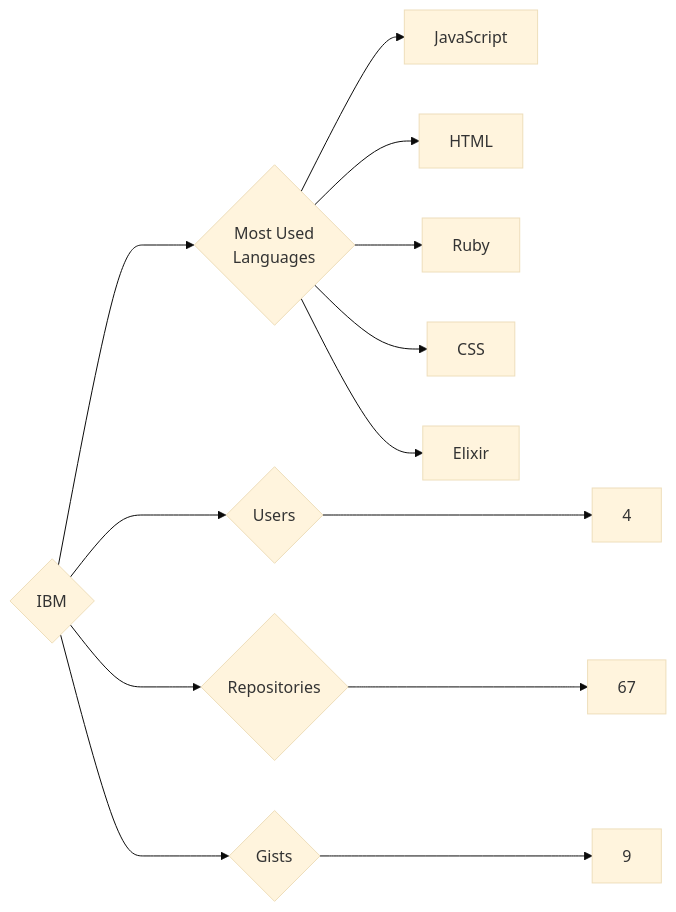
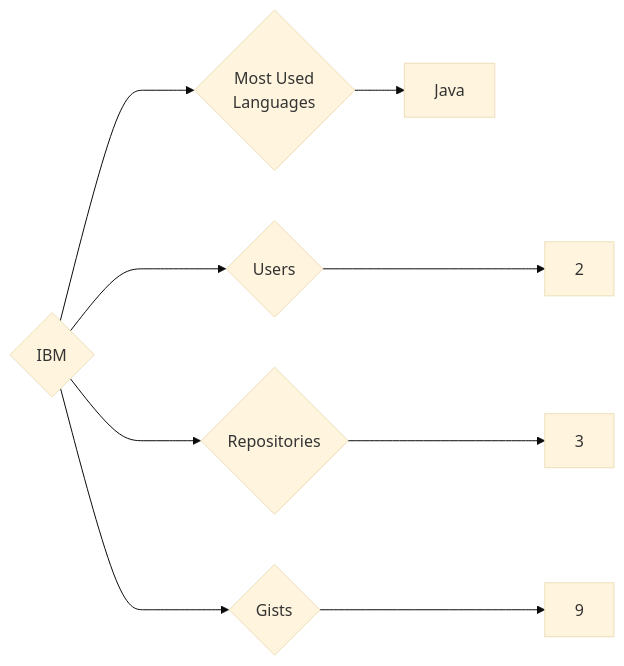
The diagram in targets/IBM/README.md (trickest/insiders), drawn with Mermaid (base theme) before and after one commit. The commit also changed 1055 other files, not shown here.

````diff
--- a/targets/IBM/README.md
+++ b/targets/IBM/README.md
@@ -3,13 +3,9 @@
 ```mermaid
 graph LR
 COMPANY_NAME{IBM}
-COMPANY_NAME ---> U{Users} ---> UN[4]
-COMPANY_NAME ---> R{Repositories} ---> RN[67]
+COMPANY_NAME ---> U{Users} ---> UN[2]
+COMPANY_NAME ---> R{Repositories} ---> RN[3]
 COMPANY_NAME ---> G{Gists} ---> GN[9]
 COMPANY_NAME ---> ML{Most Used<br>Languages}
-ML --> JavaScript[JavaScript]
-ML --> HTML[HTML]
-ML --> Ruby[Ruby]
-ML --> CSS[CSS]
-ML --> Elixir[Elixir]
+ML --> Java[Java]
 ```
````
